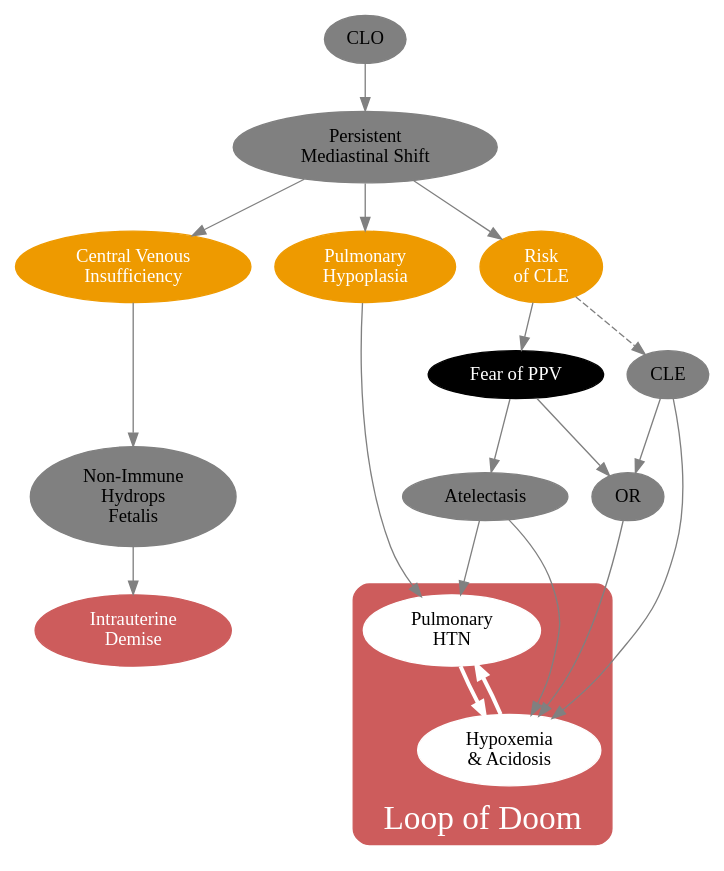
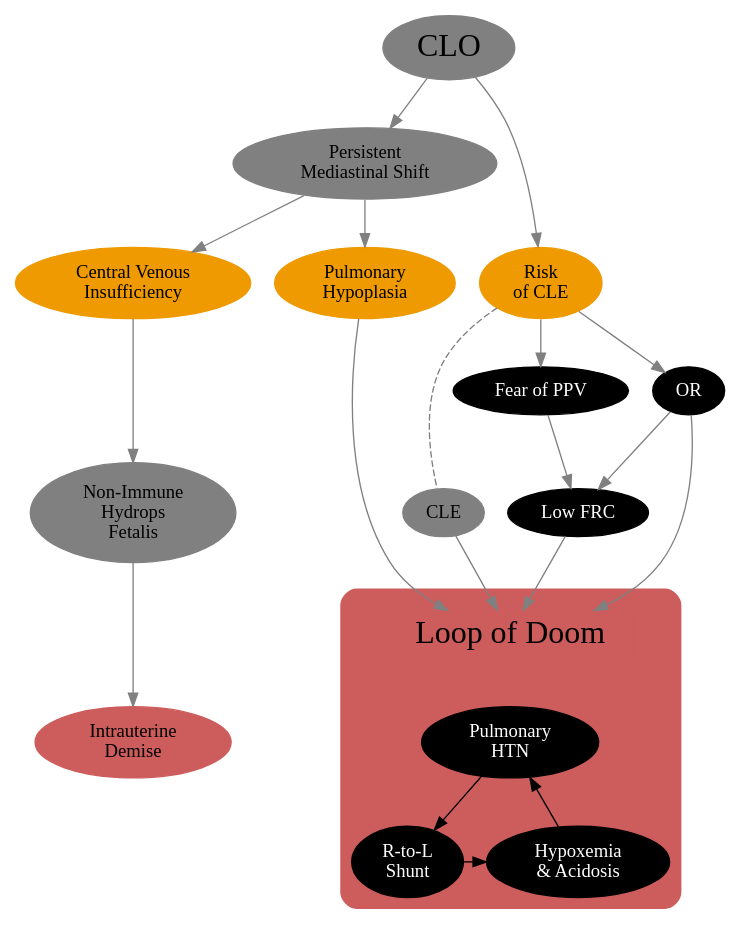
The diagram in CLO3.dot (mdtsandman/CLO), drawn with Graphviz before and after one commit. The commit also changed 2 other files, not shown here.

Commit message:
More tweaking of CLO3

```diff
--- a/CLO3.dot
+++ b/CLO3.dot
@@ -1,54 +1,59 @@
 digraph Risks {
 
 rankdir=TB;
 newrank=true;
 compound=true;
 
 node [color=grey style=filled fillcolor=grey];
 edge [color=grey];
 
-CLO [label="CLO"];
+CLO [label="CLO" fontsize=24];
 PMS [label="Persistent\nMediastinal Shift"];
-CVP [label="Central Venous\nInsufficiency" style=filled fontcolor=white fillcolor=orange2 color=orange2];
-PHP [label="Pulmonary\nHypoplasia" style=filled fontcolor=white fillcolor=orange2 color=orange2];
-MaybeCLE [label="Risk\nof CLE" style=filled fontcolor=white fillcolor=orange2 color=orange2];
+
+CVP [label="Central Venous\nInsufficiency" style=filled fillcolor=orange2 color=orange2];
+PHP [label="Pulmonary\nHypoplasia" style=filled fillcolor=orange2 color=orange2];
+MaybeCLE [label="Risk\nof CLE" style=filled fillcolor=orange2 color=orange2];
+
 NIHF [label="Non-Immune\nHydrops\nFetalis"];
-IUD [label="Intrauterine\nDemise" style=filled fontcolor=white fillcolor=indianred color=indianred];
+IUD [label="Intrauterine\nDemise" style=filled fillcolor=indianred color=indianred];
+
+OR [label="OR" style=filled fontcolor=white fillcolor=black color=black];
+Fear [label="Fear of PPV" style=filled fontcolor=white fillcolor=black color=black];
+FRC [label="Low FRC" style=filled fontcolor=white fillcolor=black color=black];
 CLE [label="CLE"];
-OR [label="OR"];
-Fear [label="Fear of PPV" style=filled fontcolor=white fillcolor=black color=black];
-Collapse [label="Atelectasis"];
 
-CLO -> PMS;
-PMS -> {CVP, PHP, MaybeCLE};
+CLO -> {PMS MaybeCLE};
+PMS -> {CVP, PHP};
 CVP -> NIHF -> IUD;
-PHP -> PHTN;
 
-MaybeCLE -> CLE[style=dashed];
-MaybeCLE -> Fear -> Collapse -> {Badness, PHTN};
-Fear -> OR;
-CLE -> {Badness OR};
-OR -> Badness;
+MaybeCLE -> {Fear OR} -> FRC;
+MaybeCLE -> CLE[style=dashed arrowhead=none];
+CLE -> Doom;
 
-subgraph clusterFuck {
+{PHP OR FRC} -> Doom;
 
-	label="Loop of Doom";
+subgraph ClusterFuck {
+
 	style=rounded;
-	fontsize=25;
-	fontcolor="white";
-	labelloc=b;	
 	color=indianred;
 	bgcolor=indianred;
 
-	PHTN [label="Pulmonary\nHTN" style=filled fillcolor=white color=white];
-	Badness [label="Hypoxemia\n& Acidosis" style=filled fillcolor=white color=white];
+	subgraph ClusterAnchor {
+		Doom [label="Loop of Doom" shape=box fontsize= 24 fontcolor=black style=filled fillcolor=indianred color=indianred];
+		PHTN [label="Pulmonary\nHTN" style=filled fontcolor=white fillcolor=black color=black];
+		Doom -> PHTN[style=invis weight=100];
+	}
 
-	PHTN -> Badness[color=white penwidth=3];
-	Badness -> PHTN[color=white penwidth=3];
+	Shunt [label="R-to-L\nShunt" style=filled fontcolor=white fillcolor=black color=black];
+	Badness [label="Hypoxemia\n& Acidosis" style=filled fontcolor=white fillcolor=black color=black];
+
+	PHTN -> Shunt -> Badness -> PHTN[color=black];
 
 } //clusterFuck
 
 {rank=same PHP CVP MaybeCLE};
+{rank=same NIHF FRC CLE};
 {rank=same IUD PHTN};
+{rank=same Shunt Badness};
 
 } //Risks
```
